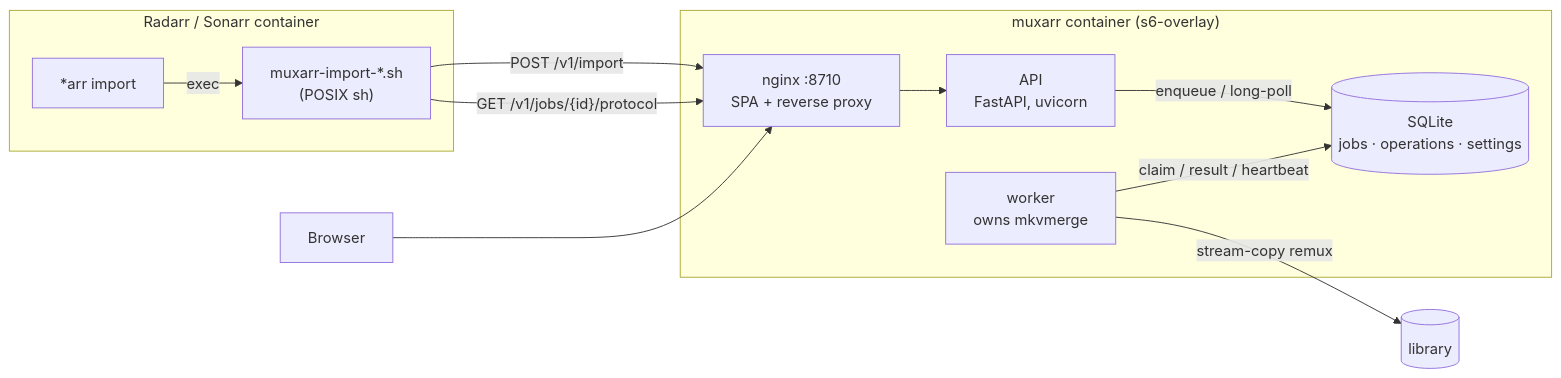
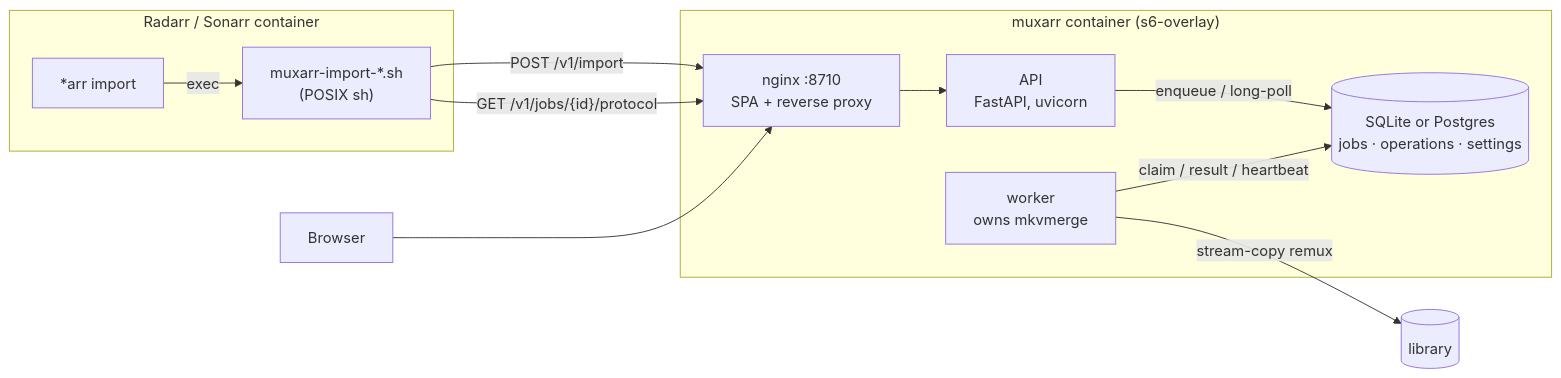
One commit to zxibizz/muxarr changed the first of 3 diagrams in docs/architecture.md. Above: the diagram before and after it, drawn with Mermaid. The commit also changed other lines of this file and 44 other files, not shown here.

````diff
--- a/docs/architecture.md
+++ b/docs/architecture.md
@@ -6,21 +6,21 @@
 ```mermaid
 flowchart LR
     subgraph arr["Radarr / Sonarr container"]
         A["*arr import"] -->|exec| S["muxarr-import-*.sh<br/>(POSIX sh)"]
     end
 
     subgraph mx["muxarr container (s6-overlay)"]
         N["nginx :8710<br/>SPA + reverse proxy"]
         API["API<br/>FastAPI, uvicorn"]
         W["worker<br/>owns mkvmerge"]
-        DB[("SQLite<br/>jobs · operations · settings")]
+        DB[("SQLite or Postgres<br/>jobs · operations · settings")]
         N --> API
         API -->|enqueue / long-poll| DB
         W -->|claim / result / heartbeat| DB
     end
 
     S -->|"POST /v1/import"| N
     S -->|"GET /v1/jobs/{id}/protocol"| N
     B["Browser"] --> N
     W -->|stream-copy remux| L[("library")]
 ```
````
